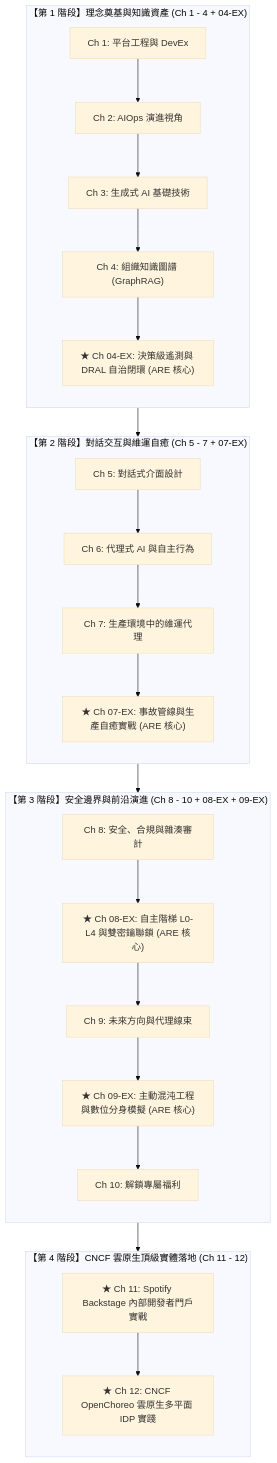
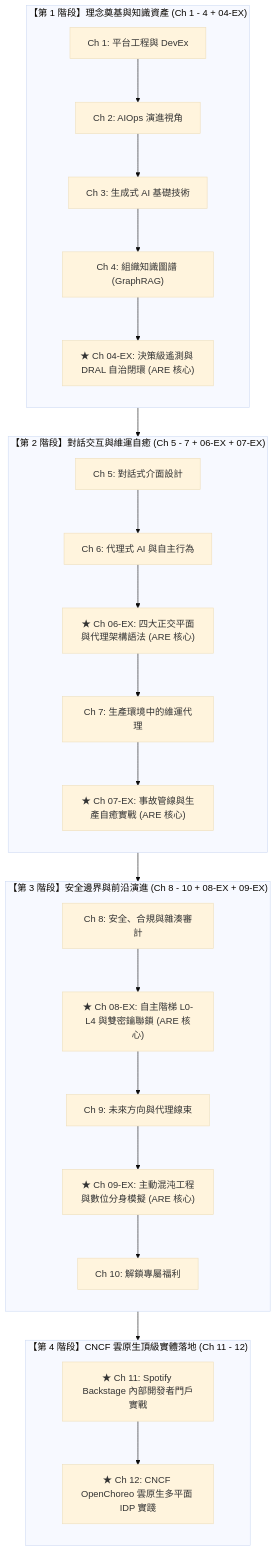
The third of 3 diagrams in zh/preface.md (tedmax100/agentic-ai-for-pe), drawn with Mermaid (base theme) before and after one commit. The commit also changed other lines of this file and 8 other files, not shown here.

````diff
--- a/zh/preface.md
+++ b/zh/preface.md
@@ -106,40 +106,41 @@
 ```mermaid
 flowchart TD
     subgraph Part1["【第 1 階段】理念奠基與知識資產 (Ch 1 - 4 + 04-EX)"]
         direction TB
         C1["Ch 1: 平台工程與 DevEx"]
         C2["Ch 2: AIOps 演進視角"]
         C3["Ch 3: 生成式 AI 基礎技術"]
         C4["Ch 4: 組織知識圖譜 (GraphRAG)"]
         C4EX["★ Ch 04-EX: 決策級遙測與 DRAL 自治閉環 (ARE 核心)"]
         C1 --> C2 --> C3 --> C4 --> C4EX
     end
 
-    subgraph Part2["【第 2 階段】對話交互與維運自癒 (Ch 5 - 7 + 07-EX)"]
+    subgraph Part2["【第 2 階段】對話交互與維運自癒 (Ch 5 - 7 + 06-EX + 07-EX)"]
         direction TB
         C5["Ch 5: 對話式介面設計"]
         C6["Ch 6: 代理式 AI 與自主行為"]
+        C6EX["★ Ch 06-EX: 四大正交平面與代理架構語法 (ARE 核心)"]
         C7["Ch 7: 生產環境中的維運代理"]
         C7EX["★ Ch 07-EX: 事故管線與生產自癒實戰 (ARE 核心)"]
-        C5 --> C6 --> C7 --> C7EX
+        C5 --> C6 --> C6EX --> C7 --> C7EX
     end
 
     subgraph Part3["【第 3 階段】安全邊界與前沿演進 (Ch 8 - 10 + 08-EX + 09-EX)"]
         direction TB
         C8["Ch 8: 安全、合規與雜湊審計"]
         C8EX["★ Ch 08-EX: 自主階梯 L0-L4 與雙密鑰聯鎖 (ARE 核心)"]
         C9["Ch 9: 未來方向與代理線束"]
         C9EX["★ Ch 09-EX: 主動混沌工程與數位分身模擬 (ARE 核心)"]
         C10["Ch 10: 解鎖專屬福利"]
         C8 --> C8EX --> C9 --> C9EX --> C10
     end
 
     subgraph Part4["【第 4 階段】CNCF 雲原生頂級實體落地 (Ch 11 - 12)"]
         direction TB
         C11["★ Ch 11: Spotify Backstage 內部開發者門戶實戰"]
         C12["★ Ch 12: CNCF OpenChoreo 雲原生多平面 IDP 實踐"]
         C11 --> C12
     end
 
     Part1 --> Part2 --> Part3 --> Part4
 ```
````
